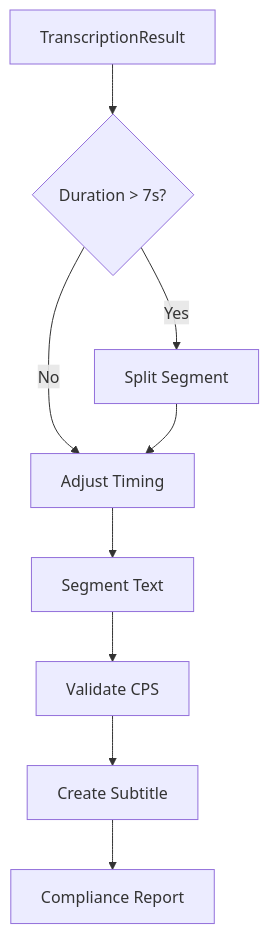
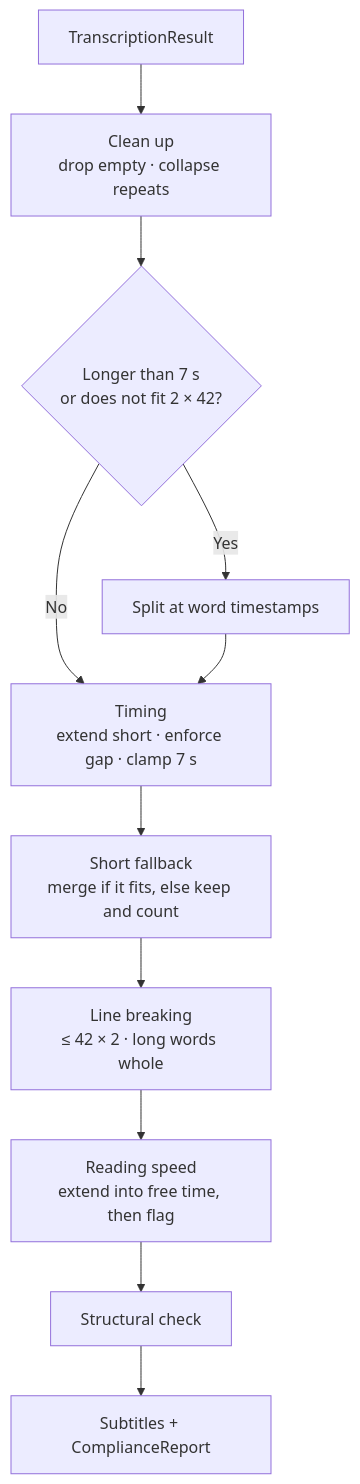
Before and after one commit to ikcode-dev/subsync: the diagram in spec/plan/phase-3-netflix-compliance.md, drawn with Mermaid. The commit also changed other lines of this file and 7 other files, not shown here.

````diff
--- a/spec/plan/phase-3-netflix-compliance.md
+++ b/spec/plan/phase-3-netflix-compliance.md
@@ -26,11 +39,13 @@
 ```mermaid
 flowchart TD
-    TR[TranscriptionResult] --> SPLIT{Duration > 7s?}
-    SPLIT -->|Yes| DIVIDE[Split Segment]
+    TR[TranscriptionResult] --> CLEAN[Clean up<br/>drop empty · collapse repeats]
+    CLEAN --> SPLIT{Longer than 7 s<br/>or does not fit 2 × 42?}
+    SPLIT -->|Yes| DIVIDE[Split at word timestamps]
     SPLIT -->|No| TIMING
-    DIVIDE --> TIMING[Adjust Timing]
-    TIMING --> TEXT[Segment Text]
-    TEXT --> CPS[Validate CPS]
-    CPS --> SUB[Create Subtitle]
-    SUB --> REPORT[Compliance Report]
+    DIVIDE --> TIMING[Timing<br/>extend short · enforce gap · clamp 7 s]
+    TIMING --> MERGE[Short fallback<br/>merge if it fits, else keep and count]
+    MERGE --> LINES[Line breaking<br/>≤ 42 × 2 · long words whole]
+    LINES --> CPS[Reading speed<br/>extend into free time, then flag]
+    CPS --> CHECK[Structural check]
+    CHECK --> OUT[Subtitles + ComplianceReport]
 ```
````
